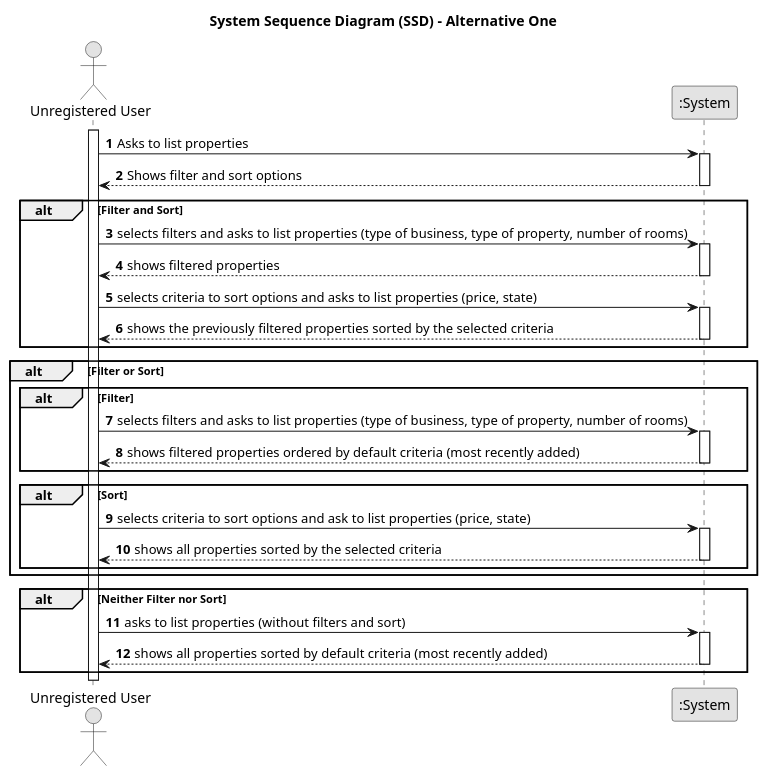
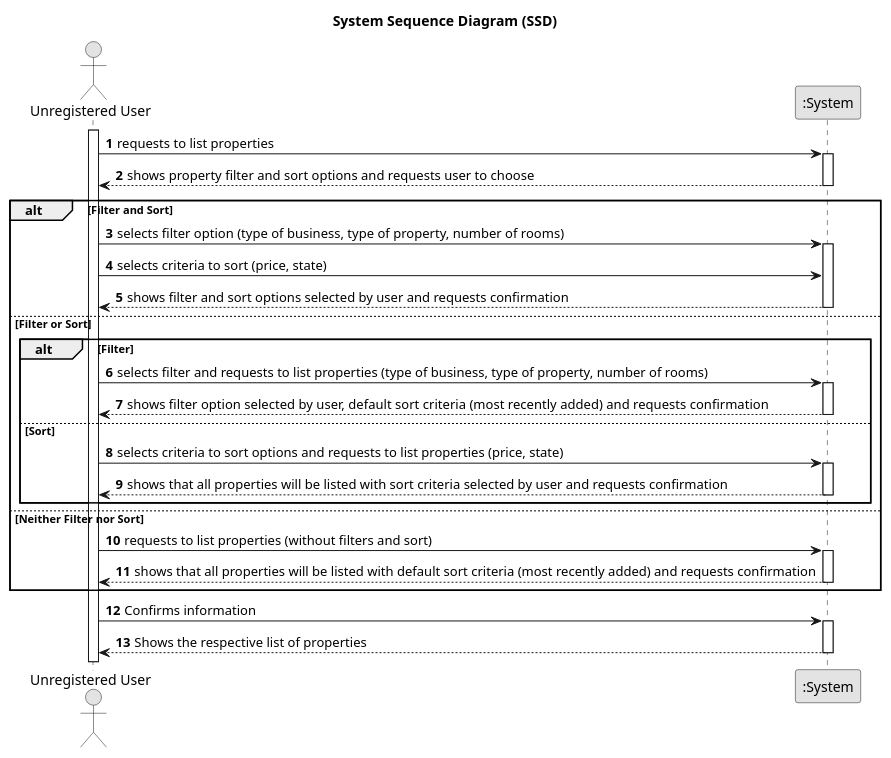
Before and after one commit to Goncalves2525/real-estate-management-system: the diagram in docs/sprintB/us001/01.requirements-engineering/puml/us001-system-sequence-diagram.puml, drawn with PlantUML. The commit also changed 2 other files, not shown here.

Commit message:
Made adjustments to US1 SSD

```diff
--- a/docs/sprintB/us001/01.requirements-engineering/puml/us001-system-sequence-diagram.puml
+++ b/docs/sprintB/us001/01.requirements-engineering/puml/us001-system-sequence-diagram.puml
@@ -1,62 +1,65 @@
 @startuml
 skinparam monochrome true
 skinparam packageStyle rectangle
 skinparam shadowing false
 
-title System Sequence Diagram (SSD) - Alternative One
+title System Sequence Diagram (SSD)
 
 autonumber
 
 actor "Unregistered User" as User
 participant ":System" as System
 
 activate User
 
-    User -> System : Asks to list properties
+    User -> System : requests to list properties
     activate System
 
-    System --> User : Shows filter and sort options
+    System --> User : shows property filter and sort options and requests user to choose
     deactivate System
 
     alt Filter and Sort
-        User -> System : selects filters and asks to list properties (type of business, type of property, number of rooms)
+        User -> System : selects filter option (type of business, type of property, number of rooms)
         activate System
 
-        System --> User : shows filtered properties
+        User -> System : selects criteria to sort (price, state)
+        System --> User : shows filter and sort options selected by user and requests confirmation
         deactivate System
 
-        User -> System : selects criteria to sort options and asks to list properties (price, state)
-        activate System
-
-        System --> User : shows the previously filtered properties sorted by the selected criteria
-        deactivate System
-    end
-    alt Filter or Sort
+    else Filter or Sort
 
         alt Filter
-            User -> System : selects filters and asks to list properties (type of business, type of property, number of rooms)
+            User -> System : selects filter and requests to list properties (type of business, type of property, number of rooms)
             activate System
 
-            System --> User : shows filtered properties ordered by default criteria (most recently added)
+            System --> User : shows filter option selected by user, default sort criteria (most recently added) and requests confirmation
+            deactivate System
+
+        else Sort
+            User -> System : selects criteria to sort options and requests to list properties (price, state)
+            activate System
+
+            System --> User : shows that all properties will be listed with sort criteria selected by user and requests confirmation
             deactivate System
         end
 
-        alt Sort
-            User -> System : selects criteria to sort options and ask to list properties (price, state)
-            activate System
 
-            System --> User : shows all properties sorted by the selected criteria
-            deactivate System
-        end
+    else Neither Filter nor Sort
+        User -> System :requests to list properties (without filters and sort)
+        activate System
+
+        System --> User : shows that all properties will be listed with default sort criteria (most recently added) and requests confirmation
+        deactivate System
 
     end
 
-    alt Neither Filter nor Sort
-        User -> System : asks to list properties (without filters and sort)
-        activate System
+    User -> System : Confirms information
+    activate System
 
-        System --> User : shows all properties sorted by default criteria (most recently added)
-        deactivate System
-    end
+    System --> User : Shows the respective list of properties
+    deactivate System
+
+
+
 
 @enduml
```
